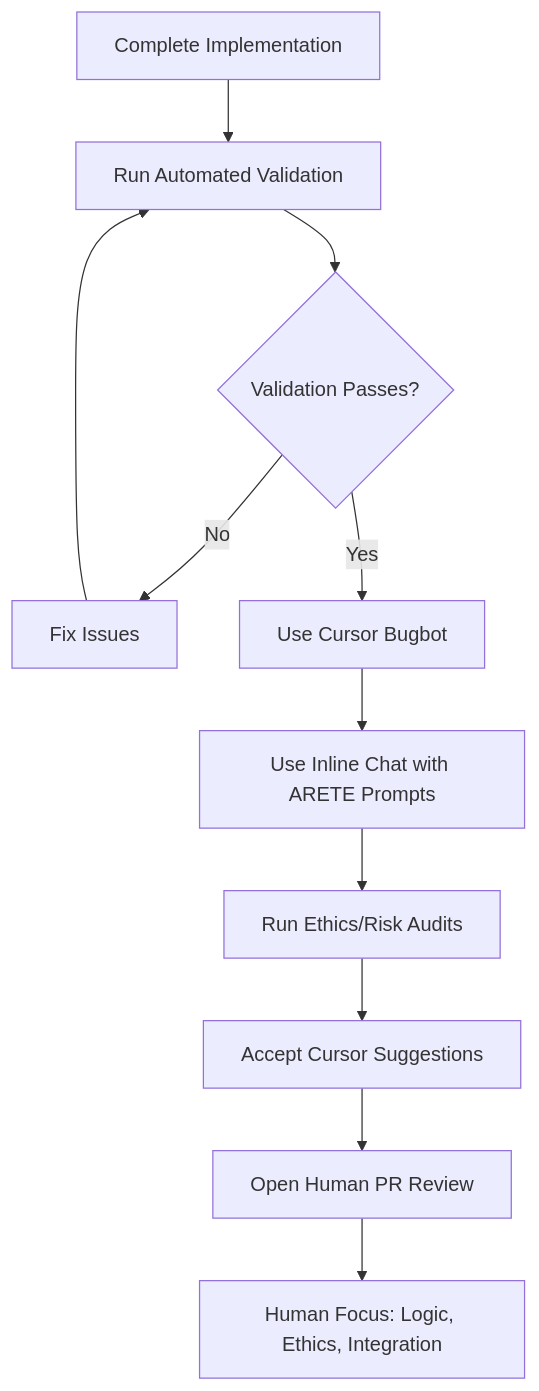
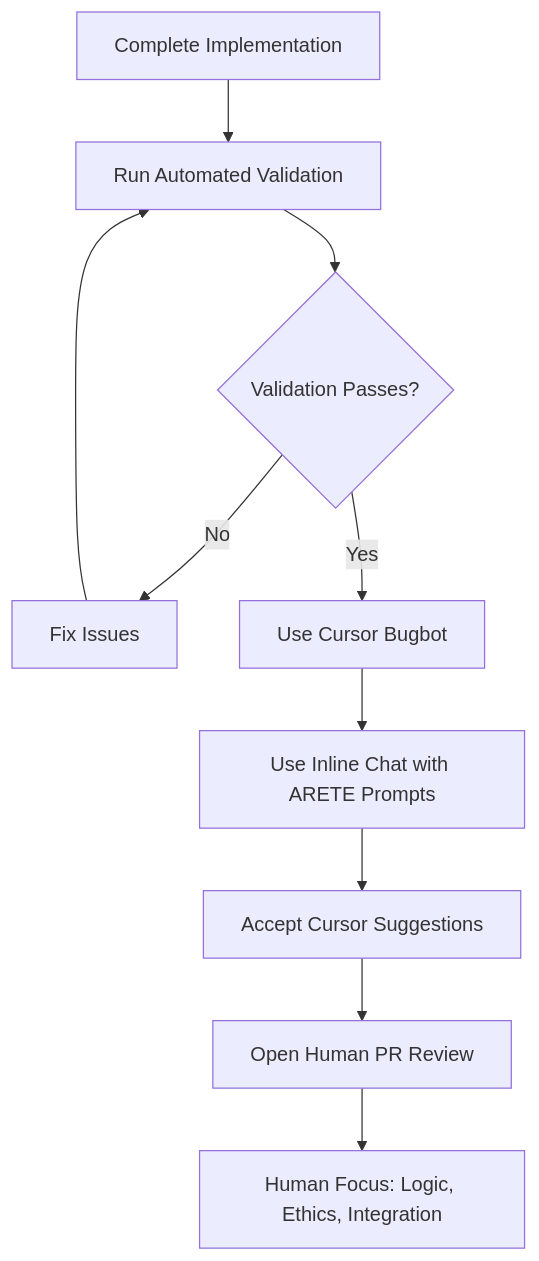
One commit to jbax1899/Daneel changed the diagram in docs/cursor-pre-review-workflow.md. Above: the diagram before and after it, drawn with Mermaid. The commit also changed other lines of this file and 11 other files, not shown here.

````diff
--- a/docs/cursor-pre-review-workflow.md
+++ b/docs/cursor-pre-review-workflow.md
@@ -16,13 +16,12 @@
 ```mermaid
 graph TD
     A[Complete Implementation] --> B[Run Automated Validation]
     B --> C{Validation Passes?}
     C -->|No| D[Fix Issues]
     D --> B
     C -->|Yes| E[Use Cursor Bugbot]
     E --> F[Use Inline Chat with ARETE Prompts]
-    F --> G[Run Ethics/Risk Audits]
-    G --> H[Accept Cursor Suggestions]
-    H --> I[Open Human PR Review]
-    I --> J[Human Focus: Logic, Ethics, Integration]
+    F --> G[Accept Cursor Suggestions]
+    G --> H[Open Human PR Review]
+    H --> I[Human Focus: Logic, Ethics, Integration]
 ```
````
